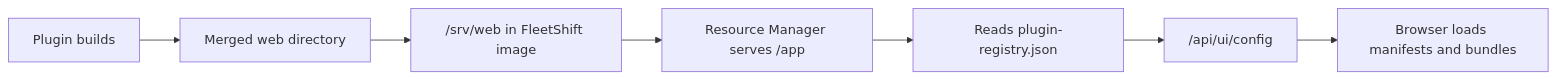
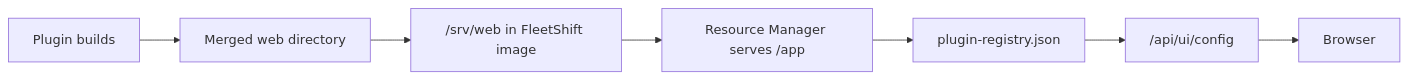
Before and after one commit to Hyperkid123/fleetshift-poc: the first of 4 diagrams in docs/design/client-asset-separation.md, drawn with Mermaid. The commit also changed other lines of this file, not shown here.

````diff
--- a/docs/design/client-asset-separation.md
+++ b/docs/design/client-asset-separation.md
@@ -41,9 +32,9 @@
 ```mermaid
 flowchart LR
     Build[Plugin builds] --> Merge[Merged web directory]
     Merge --> Image["/srv/web in FleetShift image"]
     Image --> RM["Resource Manager serves /app"]
-    RM --> Registry["Reads plugin-registry.json"]
+    RM --> Registry["plugin-registry.json"]
     Registry --> Config["/api/ui/config"]
-    Config --> Browser[Browser loads manifests and bundles]
+    Config --> Browser[Browser]
 ```
````
